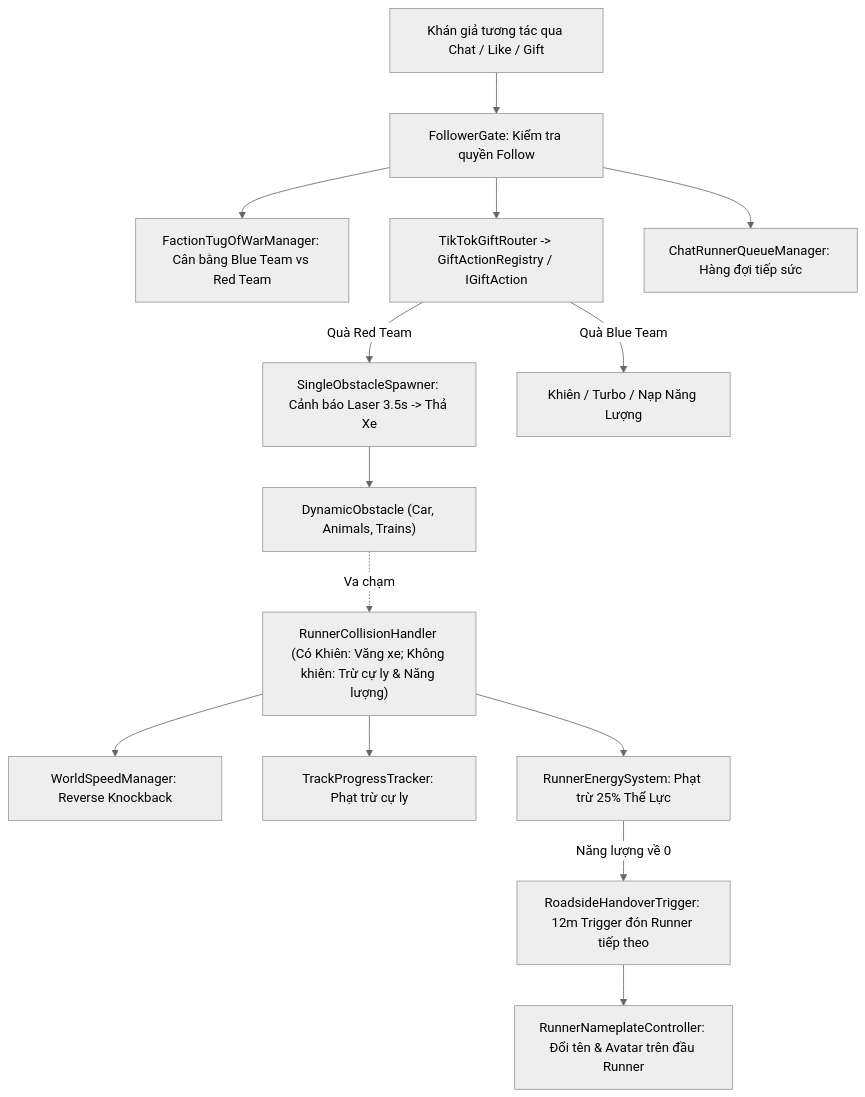
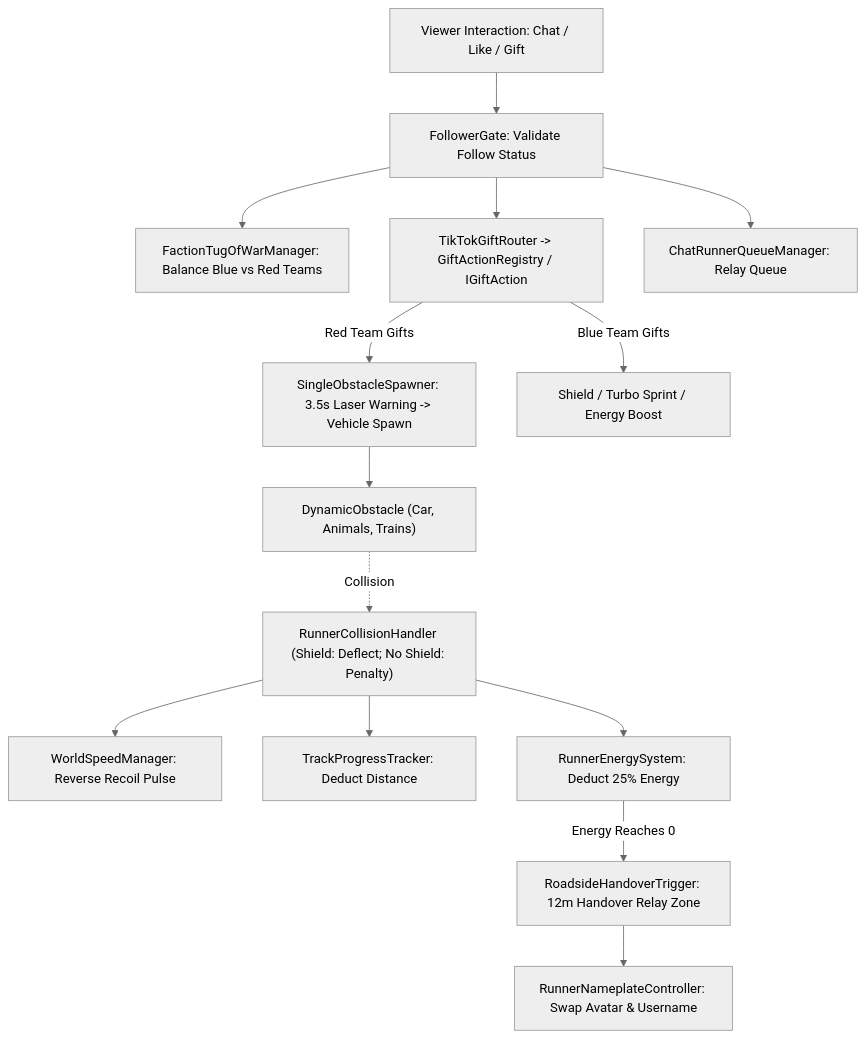
The diagram in Assets/_Project/Scripts/README.md (amazing-intern-fall-2026/StreamRushLive_Team-2_Game), drawn with Mermaid (neutral theme) before and after one commit. The commit also changed other lines of this file and 120 other files, not shown here.

````diff
--- a/Assets/_Project/Scripts/README.md
+++ b/Assets/_Project/Scripts/README.md
@@ -112,20 +112,20 @@
 ```mermaid
 flowchart TD
-    Viewer["Khán giả tương tác qua Chat / Like / Gift"] --> Gate["FollowerGate: Kiểm tra quyền Follow"]
-    Gate --> TugOfWar["FactionTugOfWarManager: Cân bằng Blue Team vs Red Team"]
+    Viewer["Viewer Interaction: Chat / Like / Gift"] --> Gate["FollowerGate: Validate Follow Status"]
+    Gate --> TugOfWar["FactionTugOfWarManager: Balance Blue vs Red Teams"]
     Gate --> GiftRouter["TikTokGiftRouter -> GiftActionRegistry / IGiftAction"]
-    Gate --> Queue["ChatRunnerQueueManager: Hàng đợi tiếp sức"]
+    Gate --> Queue["ChatRunnerQueueManager: Relay Queue"]
     
-    GiftRouter -- "Quà Red Team" --> CarSpawn["SingleObstacleSpawner: Cảnh báo Laser 3.5s -> Thả Xe"]
-    GiftRouter -- "Quà Blue Team" --> BuffAction["Khiên / Turbo / Nạp Năng Lượng"]
+    GiftRouter -- "Red Team Gifts" --> CarSpawn["SingleObstacleSpawner: 3.5s Laser Warning -> Vehicle Spawn"]
+    GiftRouter -- "Blue Team Gifts" --> BuffAction["Shield / Turbo Sprint / Energy Boost"]
     
     CarSpawn --> Car["DynamicObstacle (Car, Animals, Trains)"]
-    Car -. "Va chạm" .-> Collision["RunnerCollisionHandler (Có Khiên: Văng xe; Không khiên: Trừ cự ly & Năng lượng)"]
+    Car -. "Collision" .-> Collision["RunnerCollisionHandler (Shield: Deflect; No Shield: Penalty)"]
     
-    Collision --> Speed["WorldSpeedManager: Reverse Knockback"]
-    Collision --> Tracker["TrackProgressTracker: Phạt trừ cự ly"]
-    Collision --> Energy["RunnerEnergySystem: Phạt trừ 25% Thể Lực"]
+    Collision --> Speed["WorldSpeedManager: Reverse Recoil Pulse"]
+    Collision --> Tracker["TrackProgressTracker: Deduct Distance"]
+    Collision --> Energy["RunnerEnergySystem: Deduct 25% Energy"]
     
-    Energy -- "Năng lượng về 0" --> Handover["RoadsideHandoverTrigger: 12m Trigger đón Runner tiếp theo"]
-    Handover --> Nameplate["RunnerNameplateController: Đổi tên & Avatar trên đầu Runner"]
+    Energy -- "Energy Reaches 0" --> Handover["RoadsideHandoverTrigger: 12m Handover Relay Zone"]
+    Handover --> Nameplate["RunnerNameplateController: Swap Avatar & Username"]
 ```
````
